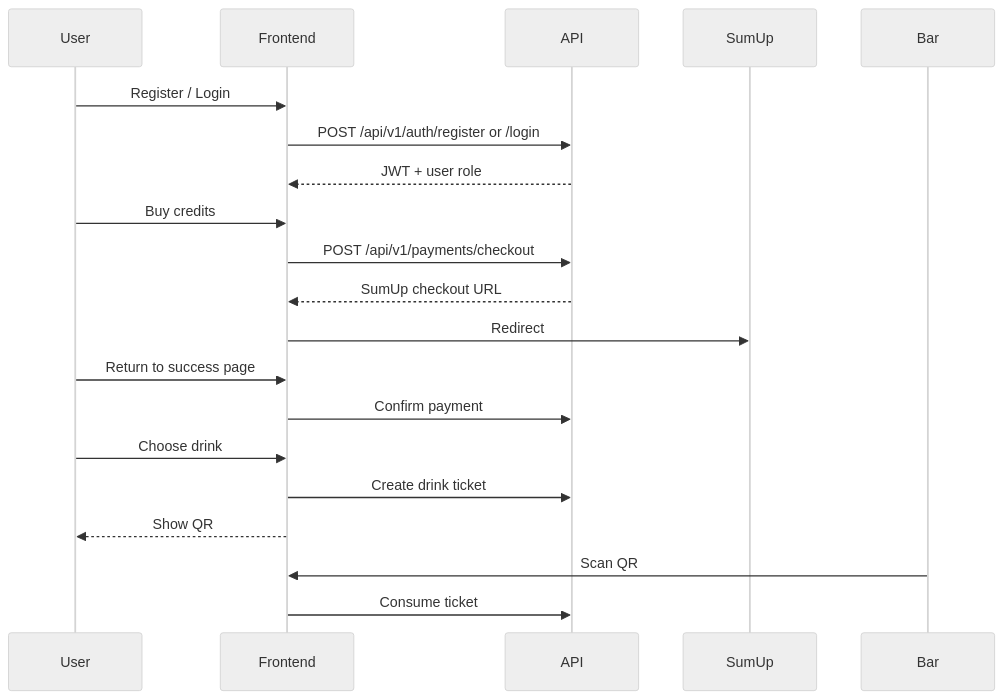
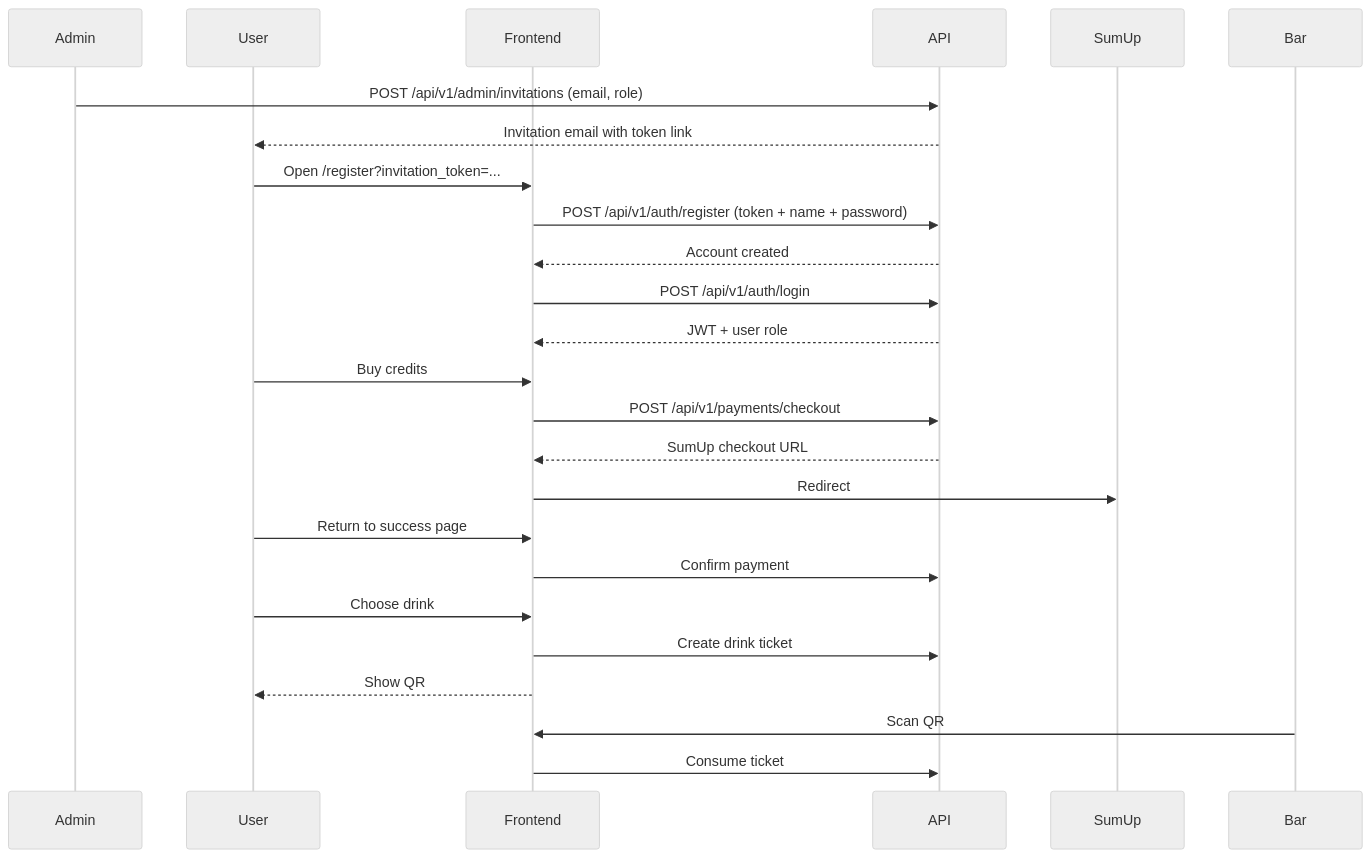
Before and after one commit to apellizzn/drinkcard-moa-frontend: the second of 3 diagrams in README.md, drawn with Mermaid (neutral theme). The commit also changed other lines of this file and 3 other files, not shown here.

````diff
--- a/README.md
+++ b/README.md
@@ -89,23 +94,28 @@
 ```mermaid
 sequenceDiagram
+    participant Admin
     participant User
     participant Frontend
     participant API
     participant SumUp
     participant Bar
 
-    User->>Frontend: Register / Login
-    Frontend->>API: POST /api/v1/auth/register or /login
+    Admin->>API: POST /api/v1/admin/invitations (email, role)
+    API-->>User: Invitation email with token link
+    User->>Frontend: Open /register?invitation_token=...
+    Frontend->>API: POST /api/v1/auth/register (token + name + password)
+    API-->>Frontend: Account created
+    Frontend->>API: POST /api/v1/auth/login
     API-->>Frontend: JWT + user role
     User->>Frontend: Buy credits
     Frontend->>API: POST /api/v1/payments/checkout
     API-->>Frontend: SumUp checkout URL
     Frontend->>SumUp: Redirect
     User->>Frontend: Return to success page
     Frontend->>API: Confirm payment
     User->>Frontend: Choose drink
     Frontend->>API: Create drink ticket
     Frontend-->>User: Show QR
     Bar->>Frontend: Scan QR
     Frontend->>API: Consume ticket
 ```
````
